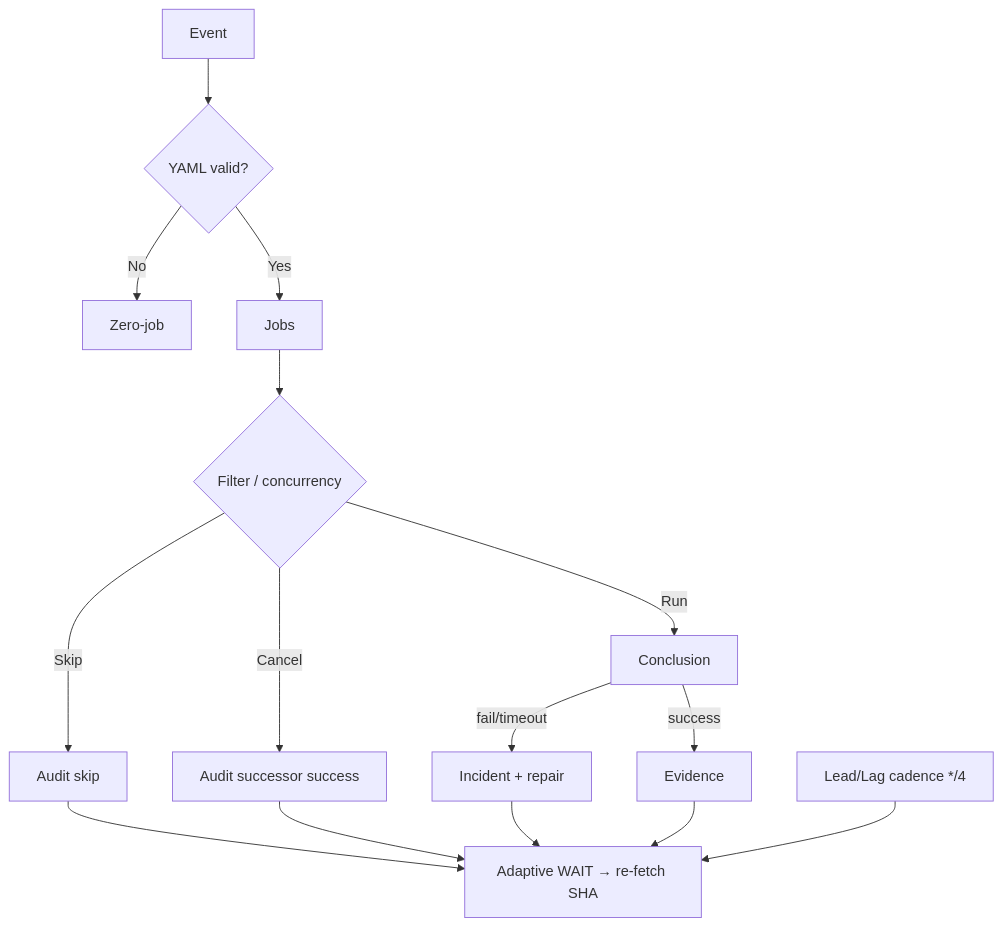
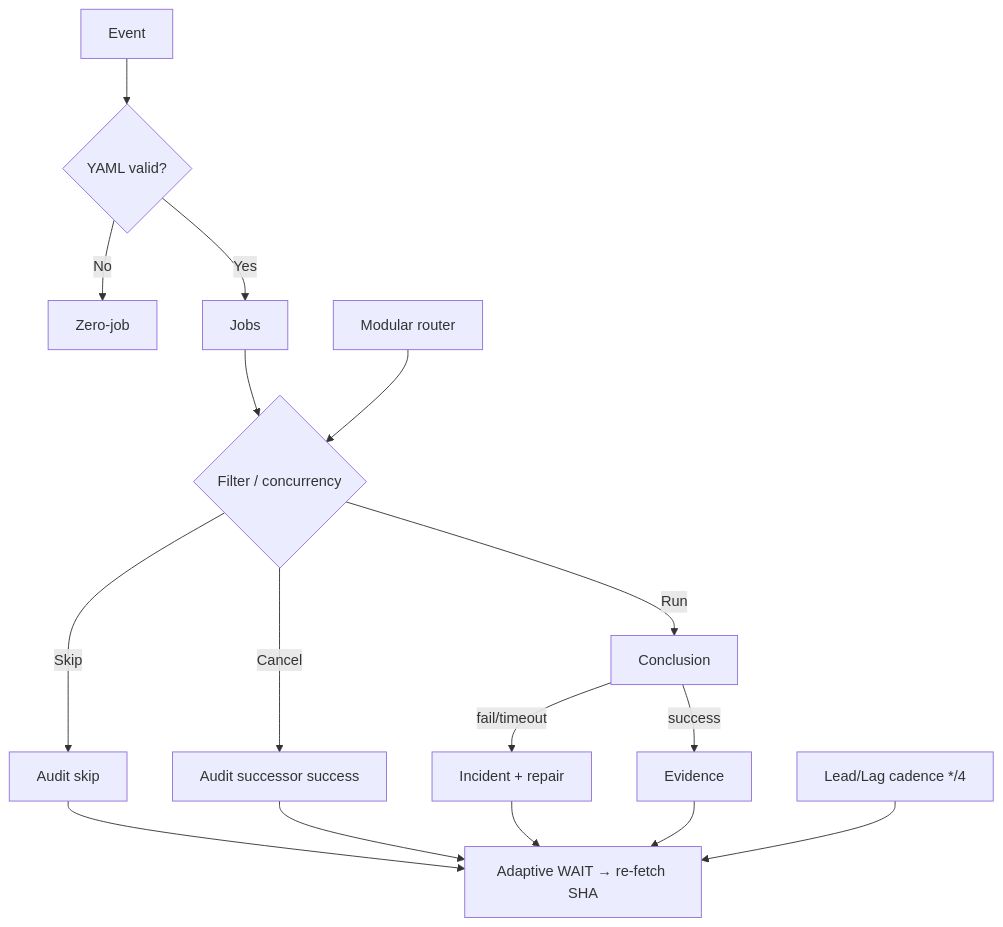
Before and after one commit to timerloggedout-spec/termux-monorepo: the first of 2 diagrams in docs/ops/ACTIONS-WORKFLOWS-MATRIX.md, drawn with Mermaid. The commit also changed other lines of this file, not shown here.

Commit message:
docs(ops): refine Actions matrix with 2026-10-25 recon, modular router status, residual failure classification

````diff
--- a/docs/ops/ACTIONS-WORKFLOWS-MATRIX.md
+++ b/docs/ops/ACTIONS-WORKFLOWS-MATRIX.md
@@ -109,14 +115,15 @@
 ```mermaid
 flowchart TD
   A[Event] --> B{YAML valid?}
   B -->|No| C[Zero-job]
   B -->|Yes| D[Jobs]
   D --> E{Filter / concurrency}
   E -->|Skip| F[Audit skip]
   E -->|Cancel| G[Audit successor success]
   E -->|Run| H[Conclusion]
   H -->|fail/timeout| I[Incident + repair]
   H -->|success| J[Evidence]
   F & G & I & J --> K[Adaptive WAIT → re-fetch SHA]
   L[Lead/Lag cadence */4] --> K
+  M[Modular router] --> E
 ```
````
